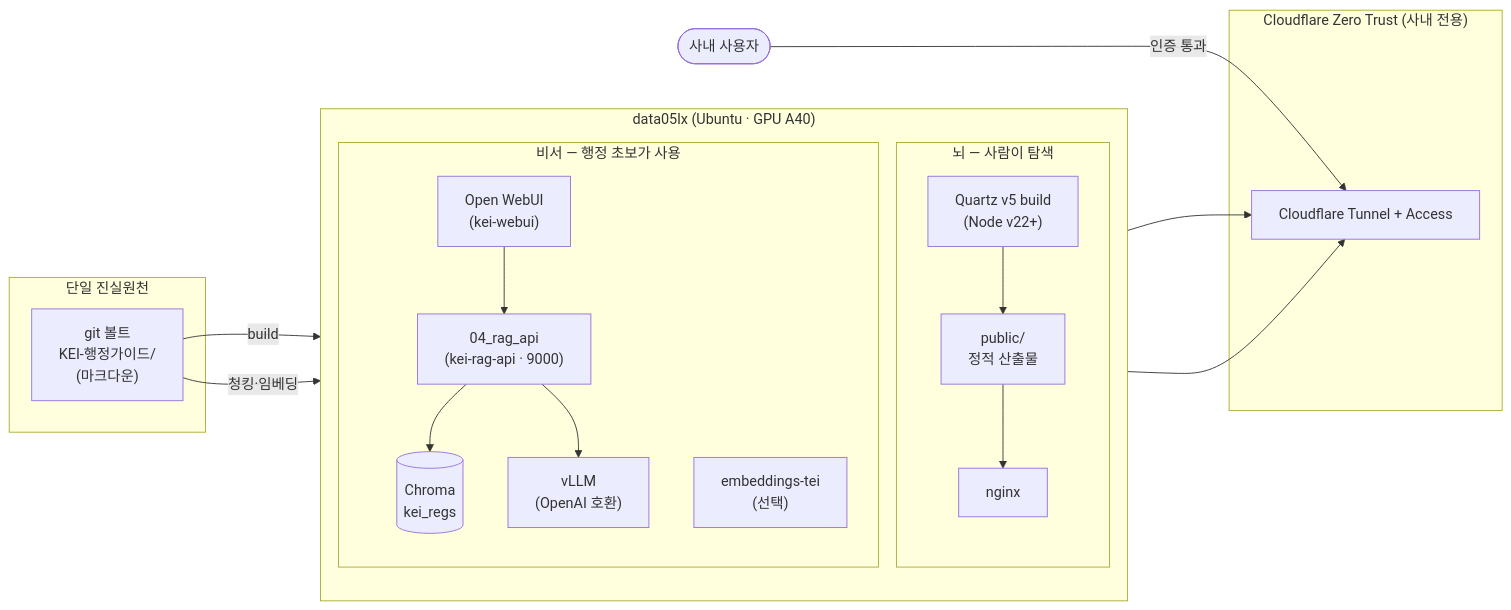
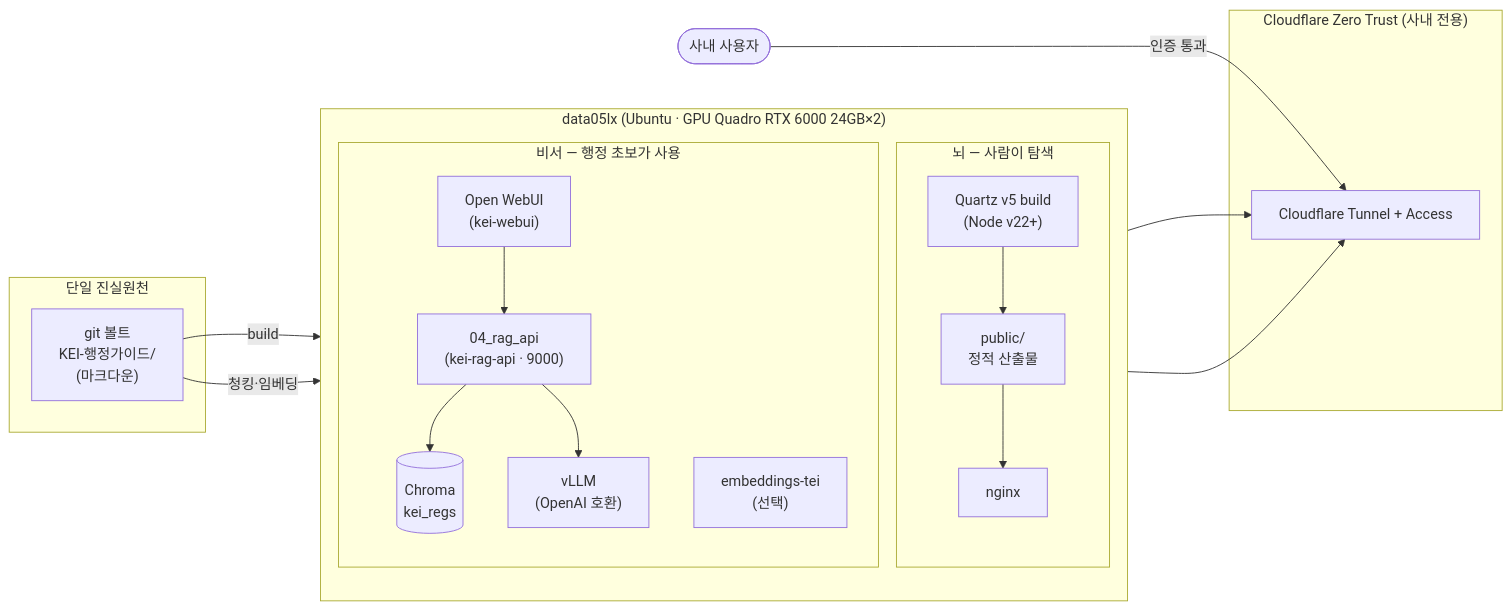
The first of 4 diagrams in docs/06-deployment.md (mooner92/KEIAdminSuperv), drawn with Mermaid before and after one commit. The commit also changed other lines of this file and 13 other files, not shown here.

First line of the commit message:
docs: GPU 표기 정정 A40 → Quadro RTX 6000 (실제 하드웨어)

````diff
--- a/docs/06-deployment.md
+++ b/docs/06-deployment.md
@@ -12,40 +12,40 @@
 ```mermaid
 flowchart LR
     subgraph SoT["단일 진실원천"]
         VAULT["git 볼트<br/>KEI-행정가이드/<br/>(마크다운)"]
     end
 
-    subgraph HOST["data05lx (Ubuntu · GPU A40)"]
+    subgraph HOST["data05lx (Ubuntu · GPU Quadro RTX 6000 24GB×2)"]
         direction TB
 
         subgraph BRAIN["뇌 — 사람이 탐색"]
             QBUILD["Quartz v5 build<br/>(Node v22+)"]
             PUBLIC["public/<br/>정적 산출물"]
             NGINX["nginx"]
             QBUILD --> PUBLIC --> NGINX
         end
 
         subgraph SECRETARY["비서 — 행정 초보가 사용"]
             WEBUI["Open WebUI<br/>(kei-webui)"]
             RAGAPI["04_rag_api<br/>(kei-rag-api · 9000)"]
             TEI["embeddings-tei<br/>(선택)"]
             CHROMA[("Chroma<br/>kei_regs")]
             VLLM["vLLM<br/>(OpenAI 호환)"]
             WEBUI --> RAGAPI
             RAGAPI --> CHROMA
             RAGAPI --> VLLM
         end
     end
 
     subgraph CF["Cloudflare Zero Trust (사내 전용)"]
         TUNNEL["Cloudflare Tunnel + Access"]
     end
 
     VAULT -->|build| QBUILD
     VAULT -->|청킹·임베딩| CHROMA
 
     NGINX --> TUNNEL
     WEBUI --> TUNNEL
 
     USER(["사내 사용자"]) -->|인증 통과| TUNNEL
 ```
````
